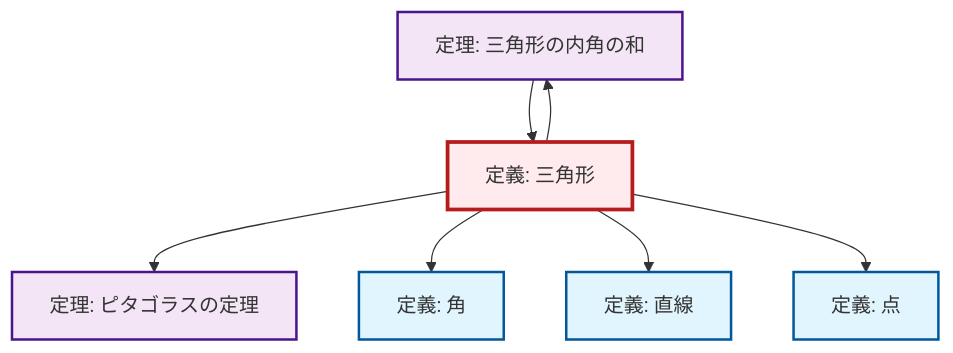
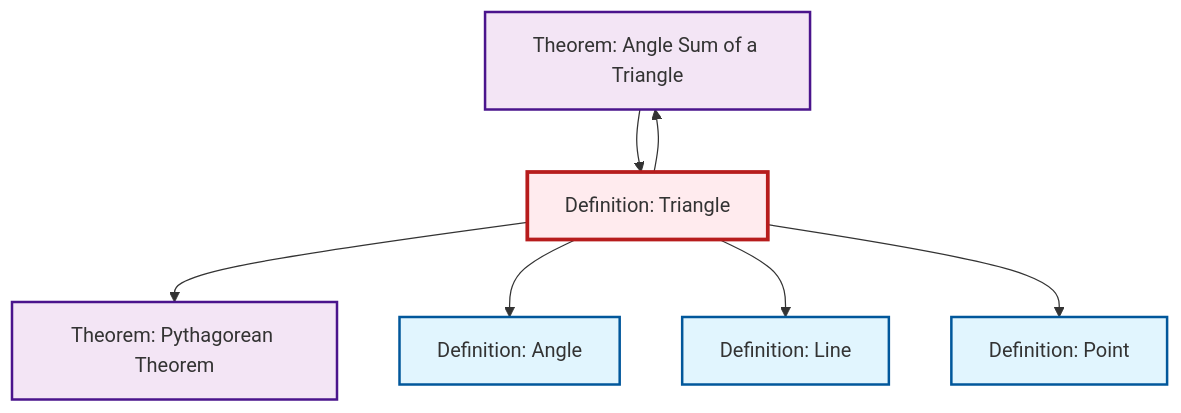
One commit to RK0429/ModernMath changed the diagram in content/ja/geometry/def-triangle.qmd. Above: the diagram before and after it, drawn with Mermaid. The commit also changed 203 other files, not shown here.

````diff
--- a/content/ja/geometry/def-triangle.qmd
+++ b/content/ja/geometry/def-triangle.qmd
@@ -60,28 +60,22 @@
 ```{mermaid}
-%%| fig-cap: "局所依存関係グラフ"
+%%| fig-cap: "Local dependency graph"
 graph TD
     classDef definition fill:#e1f5fe,stroke:#01579b,stroke-width:2px
     classDef theorem fill:#f3e5f5,stroke:#4a148c,stroke-width:2px
     classDef axiom fill:#fff3e0,stroke:#e65100,stroke-width:2px
     classDef example fill:#e8f5e9,stroke:#1b5e20,stroke-width:2px
     classDef current fill:#ffebee,stroke:#b71c1c,stroke-width:3px
-    thm-angle-sum-triangle["定理: 三角形の内角の和"]:::theorem
-    def-triangle["定義: 三角形"]:::definition
-    def-angle["定義: 角"]:::definition
-    thm-pythagorean["定理: ピタゴラスの定理"]:::theorem
-    def-point["定義: 点"]:::definition
-    def-line["定義: 直線"]:::definition
+    thm-angle-sum-triangle["Theorem: Angle Sum of a Triangle"]:::theorem
+    def-triangle["Definition: Triangle"]:::definition
+    def-angle["Definition: Angle"]:::definition
+    thm-pythagorean["Theorem: Pythagorean Theorem"]:::theorem
+    def-point["Definition: Point"]:::definition
+    def-line["Definition: Line"]:::definition
     thm-angle-sum-triangle --> def-triangle
     def-triangle --> thm-pythagorean
     def-triangle --> def-angle
     def-triangle --> def-line
     def-triangle --> def-point
     def-triangle --> thm-angle-sum-triangle
     class def-triangle current
-
-    click thm-angle-sum-triangle "thm-angle-sum-triangle.html" "Go to 定理: 三角形の内角の和"
-    click def-angle "def-angle.html" "Go to 定義: 角"
-    click thm-pythagorean "thm-pythagorean.html" "Go to 定理: ピタゴラスの定理"
-    click def-point "def-point.html" "Go to 定義: 点"
-    click def-line "def-line.html" "Go to 定義: 直線"
 ```
````
